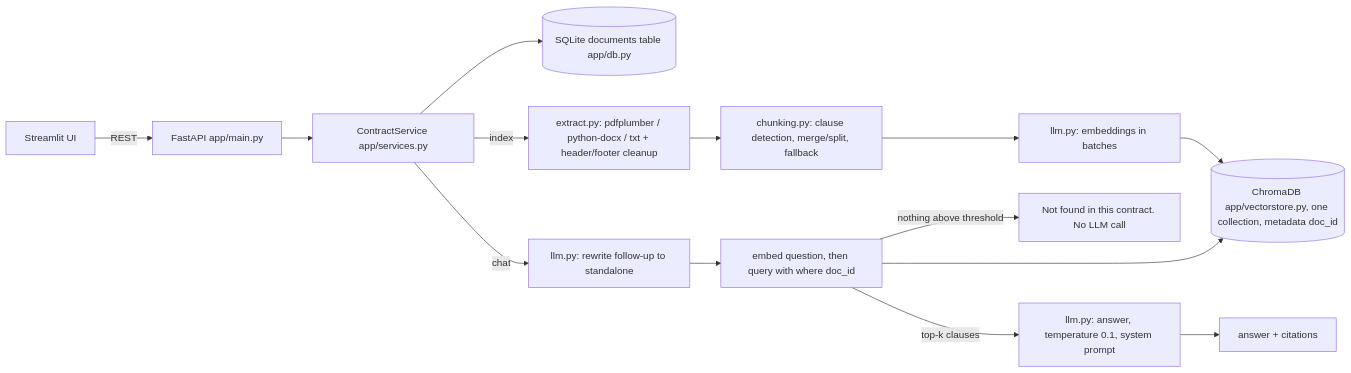
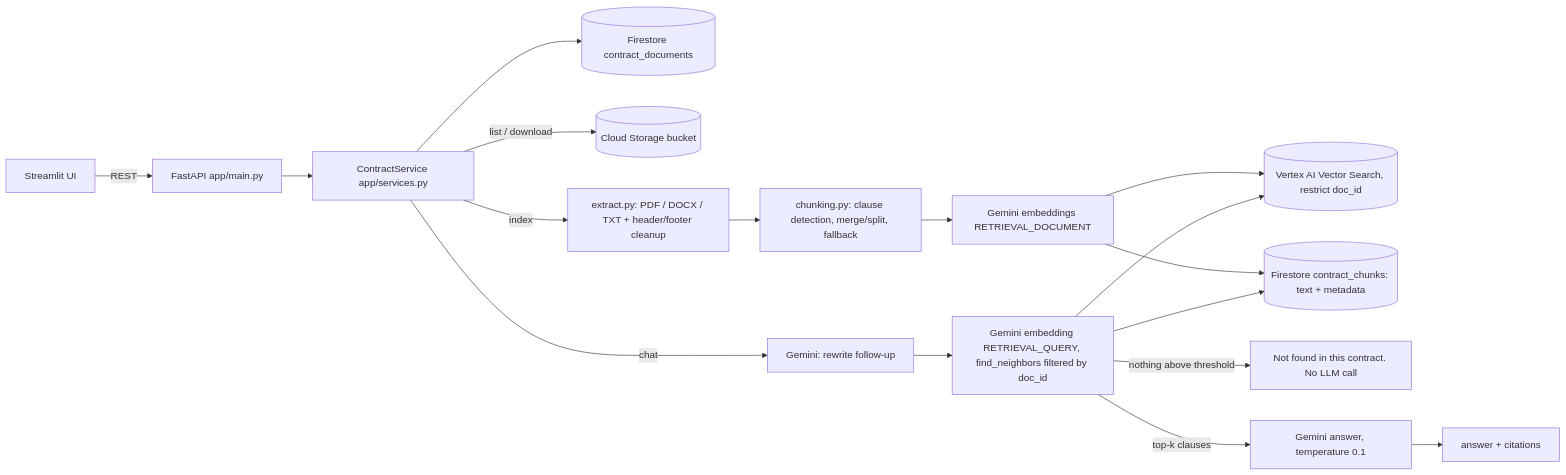
The diagram in README.md (sub3hash/MetaData_RAG), drawn with Mermaid before and after one commit. The commit also changed other lines of this file and 14 other files, not shown here.

First line of the commit message:
Move to Google Cloud: Gemini, Cloud Storage, Firestore and Vertex AI Vector Search

````diff
--- a/README.md
+++ b/README.md
@@ -68,16 +103,19 @@
 ```mermaid
 flowchart LR
     UI[Streamlit UI] -- REST --> API[FastAPI app/main.py]
     API --> SVC[ContractService app/services.py]
-    SVC --> REG[(SQLite documents table app/db.py)]
-    SVC -- index --> EX[extract.py: pdfplumber / python-docx / txt + header/footer cleanup]
+    SVC --> REG[(Firestore contract_documents)]
+    SVC -- list / download --> GCS[(Cloud Storage bucket)]
+    SVC -- index --> EX[extract.py: PDF / DOCX / TXT + header/footer cleanup]
     EX --> CH[chunking.py: clause detection, merge/split, fallback]
-    CH --> EMB[llm.py: embeddings in batches]
-    EMB --> VS[(ChromaDB app/vectorstore.py, one collection, metadata doc_id)]
-    SVC -- chat --> RW[llm.py: rewrite follow-up to standalone]
-    RW --> Q[embed question, then query with where doc_id]
+    CH --> EMB[Gemini embeddings RETRIEVAL_DOCUMENT]
+    EMB --> VS[(Vertex AI Vector Search, restrict doc_id)]
+    EMB --> CS[(Firestore contract_chunks: text + metadata)]
+    SVC -- chat --> RW[Gemini: rewrite follow-up]
+    RW --> Q[Gemini embedding RETRIEVAL_QUERY, find_neighbors filtered by doc_id]
     Q --> VS
+    Q --> CS
     Q -- nothing above threshold --> NF[Not found in this contract. No LLM call]
-    Q -- top-k clauses --> GEN[llm.py: answer, temperature 0.1, system prompt]
+    Q -- top-k clauses --> GEN[Gemini answer, temperature 0.1]
     GEN --> CIT[answer + citations]
 ```
````
